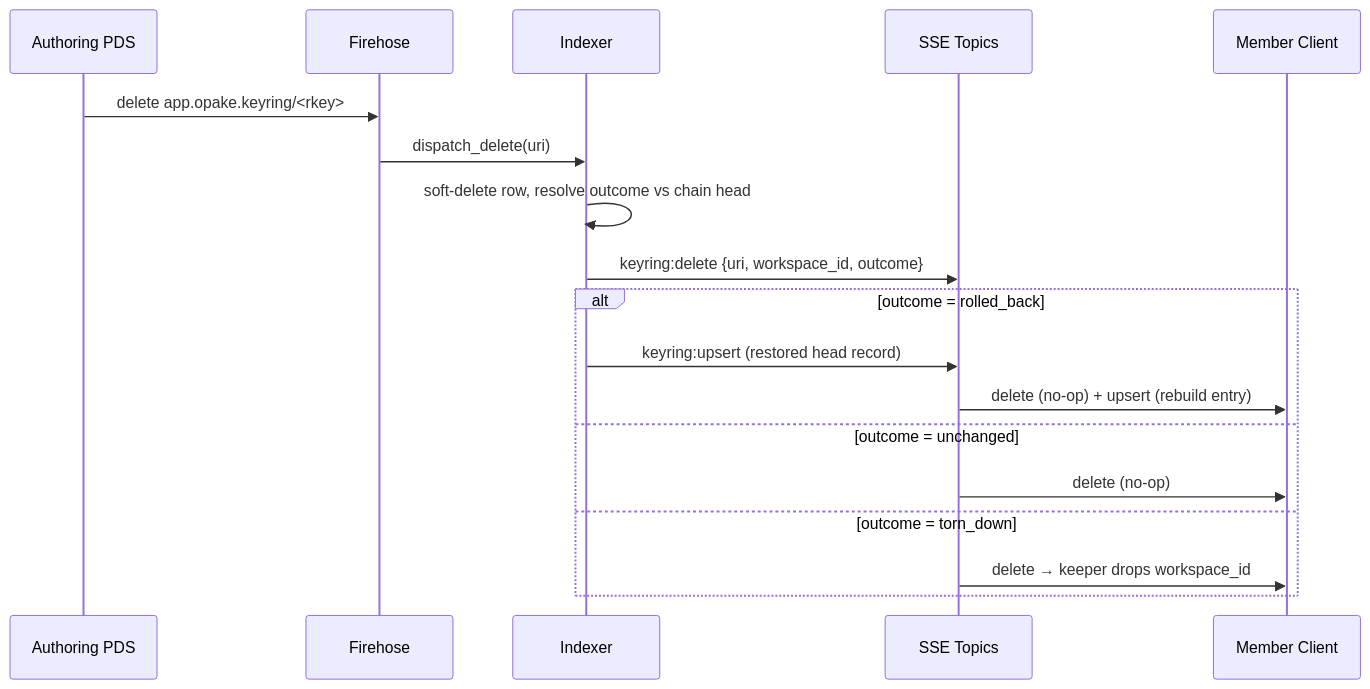
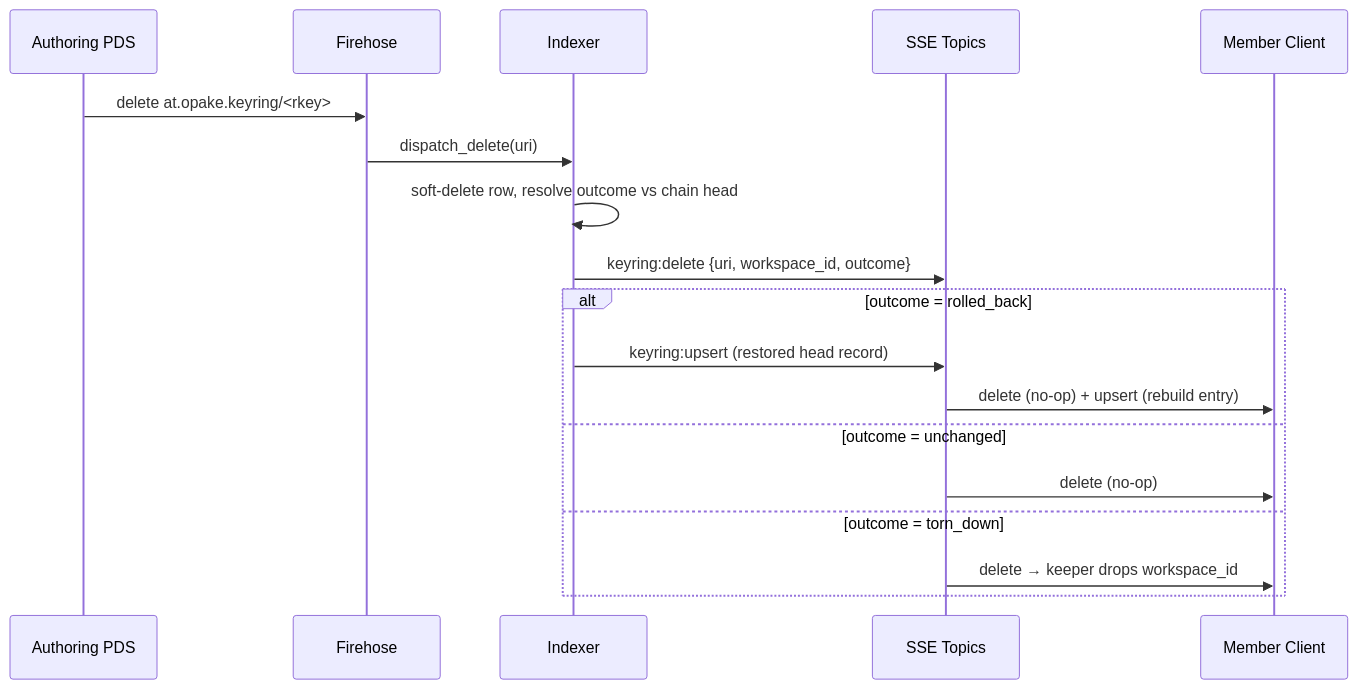
One commit to Sans-Self/Opake changed the sixth of 8 diagrams in docs/flows/keyrings.md. Above: the diagram before and after it, drawn with Mermaid. The commit also changed other lines of this file and 194 other files, not shown here.

First line of the commit message:
Rename NSID authority app.opake to at.opake

````diff
--- a/docs/flows/keyrings.md
+++ b/docs/flows/keyrings.md
@@ -166,22 +166,22 @@
 ```mermaid
 sequenceDiagram
     participant PDS as Authoring PDS
     participant FH as Firehose
     participant IX as Indexer
     participant SSE as SSE Topics
     participant Client as Member Client
 
-    PDS->>FH: delete app.opake.keyring/<rkey>
+    PDS->>FH: delete at.opake.keyring/<rkey>
     FH->>IX: dispatch_delete(uri)
     IX->>IX: soft-delete row, resolve outcome vs chain head
     IX->>SSE: keyring:delete {uri, workspace_id, outcome}
 
     alt outcome = rolled_back
         IX->>SSE: keyring:upsert (restored head record)
         SSE->>Client: delete (no-op) + upsert (rebuild entry)
     else outcome = unchanged
         SSE->>Client: delete (no-op)
     else outcome = torn_down
         SSE->>Client: delete → keeper drops workspace_id
     end
 ```
````
